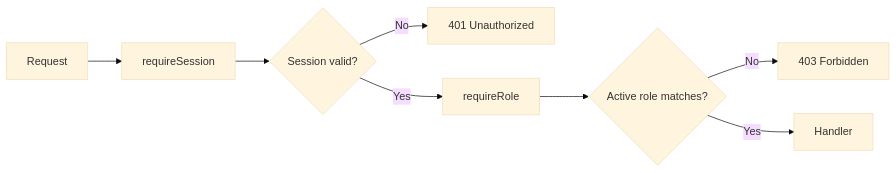
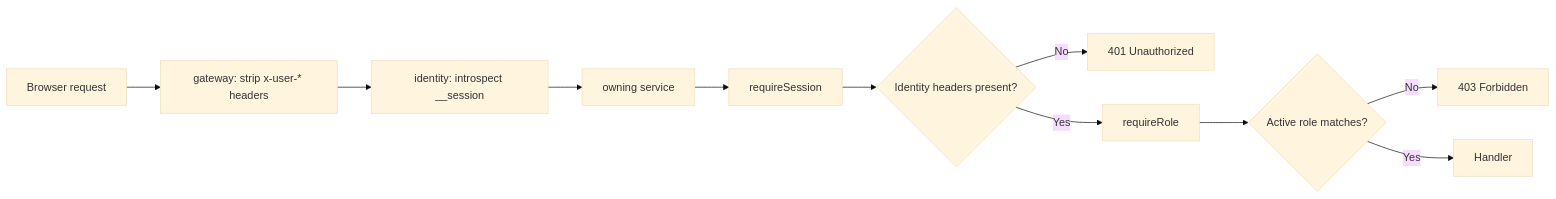
The third of 3 diagrams in docs/AUTH.md (sayyidrafeed/Seapedia), drawn with Mermaid (base theme) before and after one commit. The commit also changed other lines of this file and 40 other files, not shown here.

First line of the commit message:
docs: document the microservice architecture, setup and deployment

````diff
--- a/docs/AUTH.md
+++ b/docs/AUTH.md
@@ -109,10 +109,13 @@
 ```mermaid
 flowchart LR
-    A[Request] --> B[requireSession]
-    B --> C{Session valid?}
+    R[Browser request] --> GW[gateway: strip x-user-* headers]
+    GW --> I[identity: introspect __session]
+    I --> A[owning service]
+    A --> B[requireSession]
+    B --> C{Identity headers present?}
     C -->|No| D[401 Unauthorized]
     C -->|Yes| E[requireRole]
     E --> F{Active role matches?}
     F -->|No| G[403 Forbidden]
     F -->|Yes| H[Handler]
 ```
````
